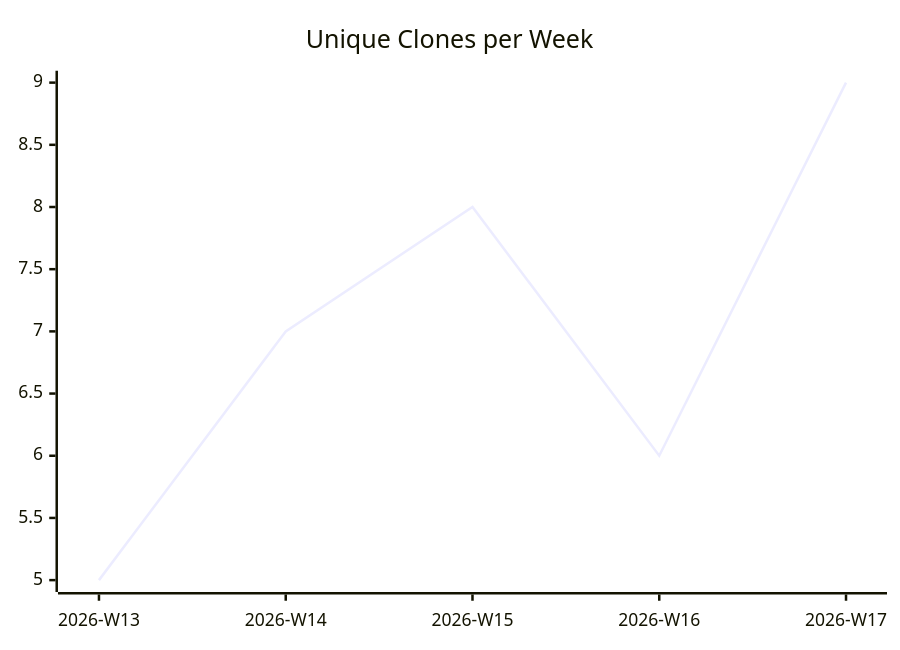
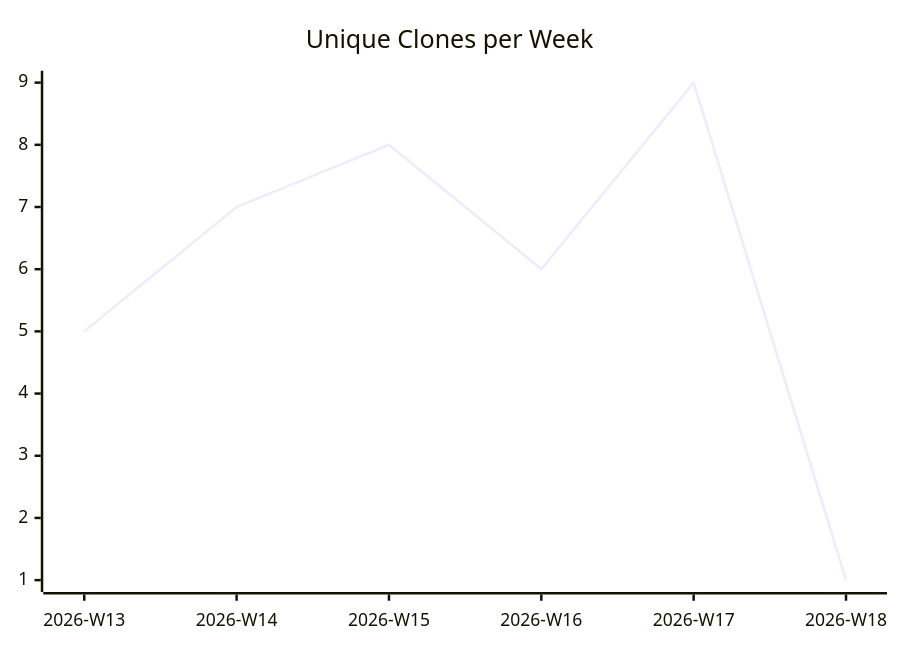
Before and after one commit to justdavis-family/github-analytics-data: the third of 3 diagrams in karlmdavis/ansible-role-jenkins2/README.md, drawn with Mermaid. The commit also changed other lines of this file and 184 other files, not shown here.

````diff
--- a/karlmdavis/ansible-role-jenkins2/README.md
+++ b/karlmdavis/ansible-role-jenkins2/README.md
@@ -19,6 +19,6 @@
 ```mermaid
 xychart-beta
   title "Unique Clones per Week"
-  x-axis ["2026-W13", "2026-W14", "2026-W15", "2026-W16", "2026-W17"]
-  line [5, 7, 8, 6, 9]
+  x-axis ["2026-W13", "2026-W14", "2026-W15", "2026-W16", "2026-W17", "2026-W18"]
+  line [5, 7, 8, 6, 9, 1]
 ```
````
